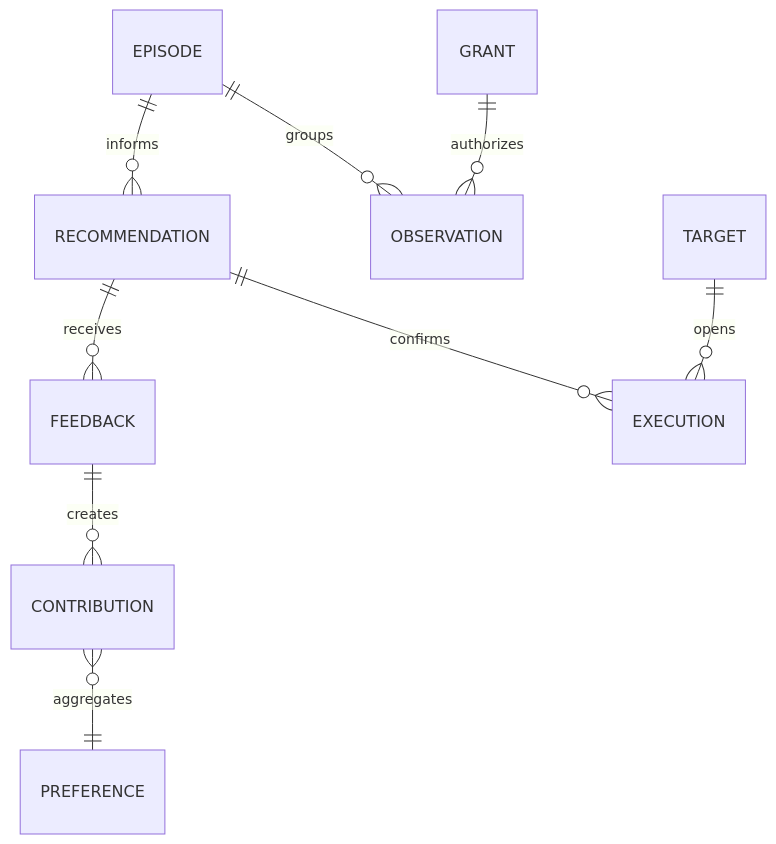
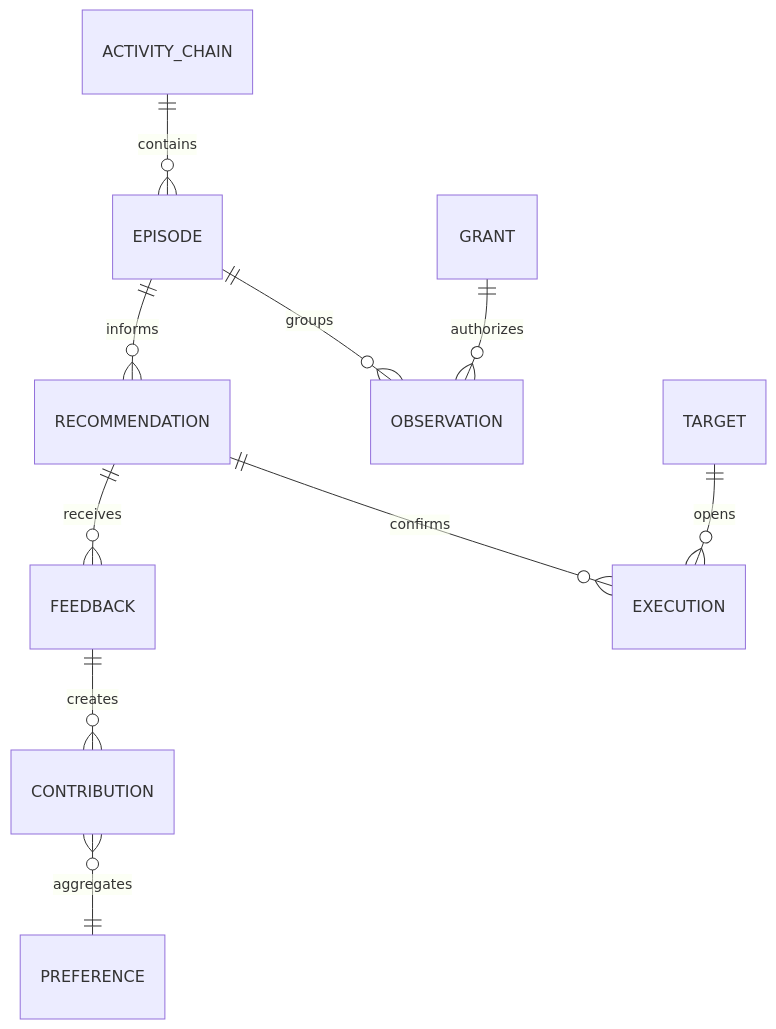
The fifth of 5 diagrams in docs/product/BUGU_猜你想做_完整实现方案.md (bread-ovO/bugu-notes), drawn with Mermaid before and after one commit. The commit also changed other lines of this file, not shown here.

````diff
--- a/docs/product/BUGU_猜你想做_完整实现方案.md
+++ b/docs/product/BUGU_猜你想做_完整实现方案.md
@@ -464,11 +475,12 @@
 ```mermaid
 erDiagram
+  ACTIVITY_CHAIN ||--o{ EPISODE : contains
   GRANT ||--o{ OBSERVATION : authorizes
   EPISODE ||--o{ OBSERVATION : groups
   EPISODE ||--o{ RECOMMENDATION : informs
   RECOMMENDATION ||--o{ EXECUTION : confirms
   TARGET ||--o{ EXECUTION : opens
   RECOMMENDATION ||--o{ FEEDBACK : receives
   FEEDBACK ||--o{ CONTRIBUTION : creates
   CONTRIBUTION }o--|| PREFERENCE : aggregates
 ```
````
